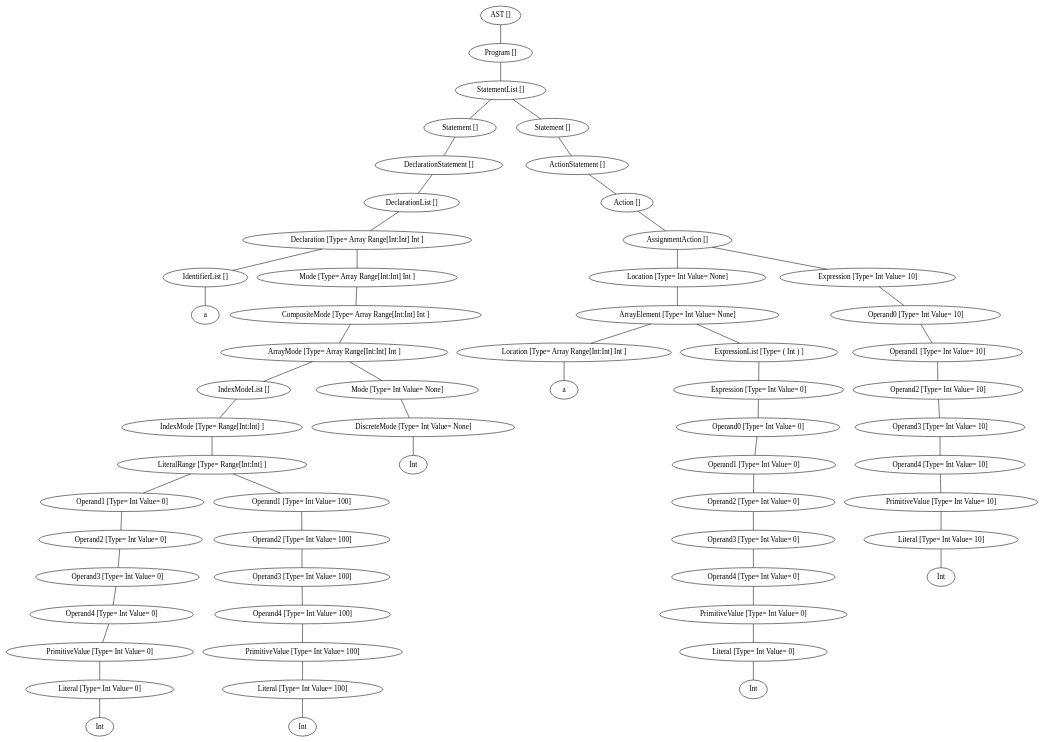
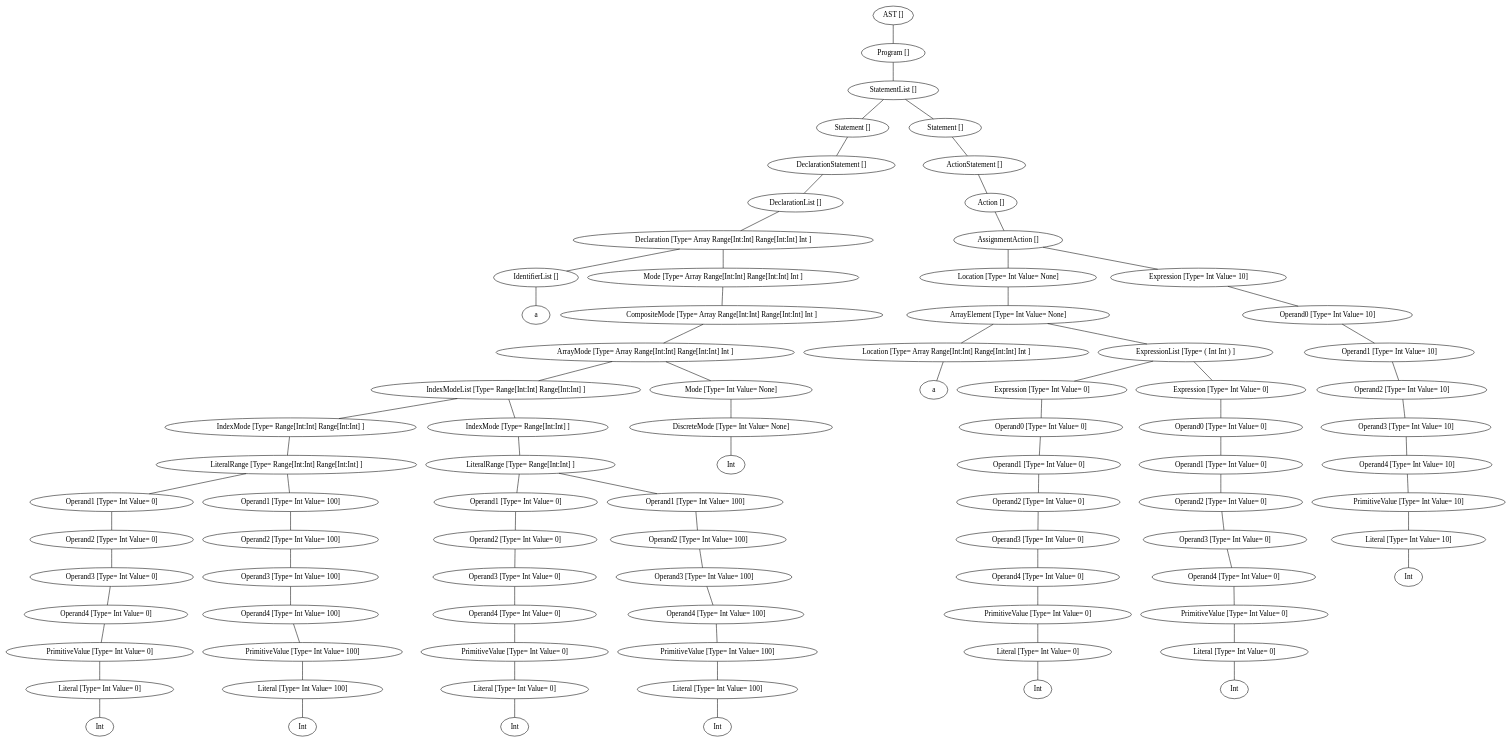
Before and after one commit to luisfelipehsr/NotACompiler: the diagram in Example1.lya.dot, drawn with Graphviz. The commit also changed 5 other files, not shown here.

```diff
--- a/Example1.lya.dot
+++ b/Example1.lya.dot
@@ -1,170 +1,242 @@
 graph G {
-46008808 [label="AST []"];
-46008640 [label="AST None"];
-46008808 -- 46008640;
-46008640 [label="Program []"];
-50548864 [label="Program None"];
-46008640 -- 50548864;
-50548864 [label="StatementList []"];
-46008696 [label="StatementList None"];
-50548864 -- 46008696;
-46008696 [label="Statement []"];
-46319544 [label="Statement None"];
-46008696 -- 46319544;
-46319544 [label="DeclarationStatement []"];
-46008920 [label="DeclarationStatement None"];
-46319544 -- 46008920;
-46008920 [label="DeclarationList []"];
-46320944 [label="DeclarationList None"];
-46008920 -- 46320944;
-46320944 [label="Declaration [Type= Array Range[Int:Int] Int ]"];
-46008416 [label="Declaration Array Range[Int:Int] Int"];
-46320944 -- 46008416;
-46008416 [label="IdentifierList []"];
-12762760862202542269 [label=a];
-46008416 -- 12762760862202542269;
-46320888 [label="Declaration Array Range[Int:Int] Int"];
-46320944 -- 46320888;
-46320888 [label="Mode [Type= Array Range[Int:Int] Int ]"];
-46008976 [label="Mode Array Range[Int:Int] Int"];
-46320888 -- 46008976;
-46008976 [label="CompositeMode [Type= Array Range[Int:Int] Int ]"];
-46320496 [label="CompositeMode Array Range[Int:Int] Int"];
-46008976 -- 46320496;
-46320496 [label="ArrayMode [Type= Array Range[Int:Int] Int ]"];
-46320552 [label="ArrayMode Array Range[Int:Int] Int"];
-46320496 -- 46320552;
-46320552 [label="IndexModeList []"];
-46319992 [label="IndexModeList None"];
-46320552 -- 46319992;
-46319992 [label="IndexMode [Type= Range[Int:Int] ]"];
-46320440 [label="IndexMode Range[Int:Int]"];
-46319992 -- 46320440;
-46320440 [label="LiteralRange [Type= Range[Int:Int] ]"];
-46319880 [label="LiteralRange Range[Int:Int]"];
-46320440 -- 46319880;
-46319880 [label="Operand1 [Type= Int Value= 0]"];
-46319824 [label="Operand1 Int"];
-46319880 -- 46319824;
-46319824 [label="Operand2 [Type= Int Value= 0]"];
-46319768 [label="Operand2 Int"];
-46319824 -- 46319768;
-46319768 [label="Operand3 [Type= Int Value= 0]"];
-46319488 [label="Operand3 Int"];
-46319768 -- 46319488;
-46319488 [label="Operand4 [Type= Int Value= 0]"];
-46319600 [label="Operand4 Int"];
-46319488 -- 46319600;
-46319600 [label="PrimitiveValue [Type= Int Value= 0]"];
-46008472 [label="PrimitiveValue Int"];
-46319600 -- 46008472;
-46008472 [label="Literal [Type= Int Value= 0]"];
-12297134661346566554 [label=Int];
-46008472 -- 12297134661346566554;
-46320384 [label="LiteralRange Range[Int:Int]"];
-46320440 -- 46320384;
-46320384 [label="Operand1 [Type= Int Value= 100]"];
-46320328 [label="Operand1 Int"];
-46320384 -- 46320328;
-46320328 [label="Operand2 [Type= Int Value= 100]"];
-46320272 [label="Operand2 Int"];
-46320328 -- 46320272;
-46320272 [label="Operand3 [Type= Int Value= 100]"];
-46320048 [label="Operand3 Int"];
-46320272 -- 46320048;
-46320048 [label="Operand4 [Type= Int Value= 100]"];
-46320104 [label="Operand4 Int"];
-46320048 -- 46320104;
-46320104 [label="PrimitiveValue [Type= Int Value= 100]"];
-46319936 [label="PrimitiveValue Int"];
-46320104 -- 46319936;
-46319936 [label="Literal [Type= Int Value= 100]"];
-11257277488053385447 [label=Int];
-46319936 -- 11257277488053385447;
-46320664 [label="ArrayMode Array Range[Int:Int] Int"];
-46320496 -- 46320664;
-46320664 [label="Mode [Type= Int Value= None]"];
-46320608 [label="Mode Int"];
-46320664 -- 46320608;
-46320608 [label="DiscreteMode [Type= Int Value= None]"];
-11969997253757847137 [label=Int];
-46320608 -- 11969997253757847137;
-46321168 [label="StatementList None"];
-50548864 -- 46321168;
-46321168 [label="Statement []"];
-50549424 [label="Statement None"];
-46321168 -- 50549424;
-50549424 [label="ActionStatement []"];
-50548920 [label="ActionStatement None"];
-50549424 -- 50548920;
-50548920 [label="Action []"];
-50549312 [label="Action None"];
-50548920 -- 50549312;
-50549312 [label="AssignmentAction []"];
-46319712 [label="AssignmentAction None"];
-50549312 -- 46319712;
-46319712 [label="Location [Type= Int Value= None]"];
-46321560 [label="Location Int"];
-46319712 -- 46321560;
-46321560 [label="ArrayElement [Type= Int Value= None]"];
-46320160 [label="ArrayElement Int"];
-46321560 -- 46320160;
-46320160 [label="Location [Type= Array Range[Int:Int] Int ]"];
-13051202120553260979 [label=a];
-46320160 -- 13051202120553260979;
-46321504 [label="ArrayElement Int"];
-46321560 -- 46321504;
-46321504 [label="ExpressionList [Type= ( Int ) ]"];
-46321448 [label="ExpressionList ( Int )"];
-46321504 -- 46321448;
-46321448 [label="Expression [Type= Int Value= 0]"];
-46321392 [label="Expression Int"];
-46321448 -- 46321392;
-46321392 [label="Operand0 [Type= Int Value= 0]"];
-46321336 [label="Operand0 Int"];
-46321392 -- 46321336;
-46321336 [label="Operand1 [Type= Int Value= 0]"];
-46321280 [label="Operand1 Int"];
-46321336 -- 46321280;
-46321280 [label="Operand2 [Type= Int Value= 0]"];
-46321224 [label="Operand2 Int"];
-46321280 -- 46321224;
-46321224 [label="Operand3 [Type= Int Value= 0]"];
-46321000 [label="Operand3 Int"];
-46321224 -- 46321000;
-46321000 [label="Operand4 [Type= Int Value= 0]"];
-46321056 [label="Operand4 Int"];
-46321000 -- 46321056;
-46321056 [label="PrimitiveValue [Type= Int Value= 0]"];
-46320832 [label="PrimitiveValue Int"];
-46321056 -- 46320832;
-46320832 [label="Literal [Type= Int Value= 0]"];
-12241776494545708436 [label=Int];
-46320832 -- 12241776494545708436;
-50549256 [label="AssignmentAction None"];
-50549312 -- 50549256;
-50549256 [label="Expression [Type= Int Value= 10]"];
-50549200 [label="Expression Int"];
-50549256 -- 50549200;
-50549200 [label="Operand0 [Type= Int Value= 10]"];
-50549144 [label="Operand0 Int"];
-50549200 -- 50549144;
-50549144 [label="Operand1 [Type= Int Value= 10]"];
-50549088 [label="Operand1 Int"];
-50549144 -- 50549088;
-50549088 [label="Operand2 [Type= Int Value= 10]"];
-50549032 [label="Operand2 Int"];
-50549088 -- 50549032;
-50549032 [label="Operand3 [Type= Int Value= 10]"];
-46320720 [label="Operand3 Int"];
-50549032 -- 46320720;
-46320720 [label="Operand4 [Type= Int Value= 10]"];
-46321616 [label="Operand4 Int"];
-46320720 -- 46321616;
-46321616 [label="PrimitiveValue [Type= Int Value= 10]"];
-50548808 [label="PrimitiveValue Int"];
-46321616 -- 50548808;
-50548808 [label="Literal [Type= Int Value= 10]"];
-10595968807962231672 [label=Int];
-50548808 -- 10595968807962231672;
+46275328 [label="AST []"];
+46275160 [label="AST None"];
+46275328 -- 46275160;
+46275160 [label="Program []"];
+50800568 [label="Program None"];
+46275160 -- 50800568;
+50800568 [label="StatementList []"];
+46275216 [label="StatementList None"];
+50800568 -- 46275216;
+46275216 [label="Statement []"];
+46583200 [label="Statement None"];
+46275216 -- 46583200;
+46583200 [label="DeclarationStatement []"];
+46275440 [label="DeclarationStatement None"];
+46583200 -- 46275440;
+46275440 [label="DeclarationList []"];
+46583648 [label="DeclarationList None"];
+46275440 -- 46583648;
+46583648 [label="Declaration [Type= Array Range[Int:Int] Range[Int:Int] Int ]"];
+46274936 [label="Declaration Array Range[Int:Int] Range[Int:Int] Int"];
+46583648 -- 46274936;
+46274936 [label="IdentifierList []"];
+12015573397216320174 [label=a];
+46274936 -- 12015573397216320174;
+46581968 [label="Declaration Array Range[Int:Int] Range[Int:Int] Int"];
+46583648 -- 46581968;
+46581968 [label="Mode [Type= Array Range[Int:Int] Range[Int:Int] Int ]"];
+46275496 [label="Mode Array Range[Int:Int] Range[Int:Int] Int"];
+46581968 -- 46275496;
+46275496 [label="CompositeMode [Type= Array Range[Int:Int] Range[Int:Int] Int ]"];
+50798832 [label="CompositeMode Array Range[Int:Int] Range[Int:Int] Int"];
+46275496 -- 50798832;
+50798832 [label="ArrayMode [Type= Array Range[Int:Int] Range[Int:Int] Int ]"];
+50798888 [label="ArrayMode Array Range[Int:Int] Range[Int:Int] Int"];
+50798832 -- 50798888;
+50798888 [label="IndexModeList [Type= Range[Int:Int] Range[Int:Int] ]"];
+46582416 [label="IndexModeList Range[Int:Int] Range[Int:Int]"];
+50798888 -- 46582416;
+46582416 [label="IndexMode [Type= Range[Int:Int] Range[Int:Int] ]"];
+46582864 [label="IndexMode Range[Int:Int] Range[Int:Int]"];
+46582416 -- 46582864;
+46582864 [label="LiteralRange [Type= Range[Int:Int] Range[Int:Int] ]"];
+46582304 [label="LiteralRange Range[Int:Int] Range[Int:Int]"];
+46582864 -- 46582304;
+46582304 [label="Operand1 [Type= Int Value= 0]"];
+46582248 [label="Operand1 Int"];
+46582304 -- 46582248;
+46582248 [label="Operand2 [Type= Int Value= 0]"];
+46582192 [label="Operand2 Int"];
+46582248 -- 46582192;
+46582192 [label="Operand3 [Type= Int Value= 0]"];
+46581912 [label="Operand3 Int"];
+46582192 -- 46581912;
+46581912 [label="Operand4 [Type= Int Value= 0]"];
+46582024 [label="Operand4 Int"];
+46581912 -- 46582024;
+46582024 [label="PrimitiveValue [Type= Int Value= 0]"];
+46274992 [label="PrimitiveValue Int"];
+46582024 -- 46274992;
+46274992 [label="Literal [Type= Int Value= 0]"];
+9924365393510686584 [label=Int];
+46274992 -- 9924365393510686584;
+46582808 [label="LiteralRange Range[Int:Int] Range[Int:Int]"];
+46582864 -- 46582808;
+46582808 [label="Operand1 [Type= Int Value= 100]"];
+46582752 [label="Operand1 Int"];
+46582808 -- 46582752;
+46582752 [label="Operand2 [Type= Int Value= 100]"];
+46582696 [label="Operand2 Int"];
+46582752 -- 46582696;
+46582696 [label="Operand3 [Type= Int Value= 100]"];
+46582472 [label="Operand3 Int"];
+46582696 -- 46582472;
+46582472 [label="Operand4 [Type= Int Value= 100]"];
+46582528 [label="Operand4 Int"];
+46582472 -- 46582528;
+46582528 [label="PrimitiveValue [Type= Int Value= 100]"];
+46582360 [label="PrimitiveValue Int"];
+46582528 -- 46582360;
+46582360 [label="Literal [Type= Int Value= 100]"];
+12066255784584787013 [label=Int];
+46582360 -- 12066255784584787013;
+46583480 [label="IndexModeList Range[Int:Int] Range[Int:Int]"];
+50798888 -- 46583480;
+46583480 [label="IndexMode [Type= Range[Int:Int] ]"];
+50798776 [label="IndexMode Range[Int:Int]"];
+46583480 -- 50798776;
+50798776 [label="LiteralRange [Type= Range[Int:Int] ]"];
+46583368 [label="LiteralRange Range[Int:Int]"];
+50798776 -- 46583368;
+46583368 [label="Operand1 [Type= Int Value= 0]"];
+46583312 [label="Operand1 Int"];
+46583368 -- 46583312;
+46583312 [label="Operand2 [Type= Int Value= 0]"];
+46583256 [label="Operand2 Int"];
+46583312 -- 46583256;
+46583256 [label="Operand3 [Type= Int Value= 0]"];
+46582920 [label="Operand3 Int"];
+46583256 -- 46582920;
+46582920 [label="Operand4 [Type= Int Value= 0]"];
+46583088 [label="Operand4 Int"];
+46582920 -- 46583088;
+46583088 [label="PrimitiveValue [Type= Int Value= 0]"];
+46583032 [label="PrimitiveValue Int"];
+46583088 -- 46583032;
+46583032 [label="Literal [Type= Int Value= 0]"];
+12252952140740680056 [label=Int];
+46583032 -- 12252952140740680056;
+50798720 [label="LiteralRange Range[Int:Int]"];
+50798776 -- 50798720;
+50798720 [label="Operand1 [Type= Int Value= 100]"];
+50798664 [label="Operand1 Int"];
+50798720 -- 50798664;
+50798664 [label="Operand2 [Type= Int Value= 100]"];
+46583760 [label="Operand2 Int"];
+50798664 -- 46583760;
+46583760 [label="Operand3 [Type= Int Value= 100]"];
+46583536 [label="Operand3 Int"];
+46583760 -- 46583536;
+46583536 [label="Operand4 [Type= Int Value= 100]"];
+46583592 [label="Operand4 Int"];
+46583536 -- 46583592;
+46583592 [label="PrimitiveValue [Type= Int Value= 100]"];
+46583424 [label="PrimitiveValue Int"];
+46583592 -- 46583424;
+46583424 [label="Literal [Type= Int Value= 100]"];
+11785207564678429778 [label=Int];
+46583424 -- 11785207564678429778;
+46582584 [label="ArrayMode Array Range[Int:Int] Range[Int:Int] Int"];
+50798832 -- 46582584;
+46582584 [label="Mode [Type= Int Value= None]"];
+46582136 [label="Mode Int"];
+46582584 -- 46582136;
+46582136 [label="DiscreteMode [Type= Int Value= None]"];
+11940944131671853018 [label=Int];
+46582136 -- 11940944131671853018;
+50801016 [label="StatementList None"];
+50800568 -- 50801016;
+50801016 [label="Statement []"];
+50800960 [label="Statement None"];
+50801016 -- 50800960;
+50800960 [label="ActionStatement []"];
+50799672 [label="ActionStatement None"];
+50800960 -- 50799672;
+50799672 [label="Action []"];
+50800848 [label="Action None"];
+50799672 -- 50800848;
+50800848 [label="AssignmentAction []"];
+46582976 [label="AssignmentAction None"];
+50800848 -- 46582976;
+46582976 [label="Location [Type= Int Value= None]"];
+50799784 [label="Location Int"];
+46582976 -- 50799784;
+50799784 [label="ArrayElement [Type= Int Value= None]"];
+50798944 [label="ArrayElement Int"];
+50799784 -- 50798944;
+50798944 [label="Location [Type= Array Range[Int:Int] Range[Int:Int] Int ]"];
+9641236063755932198 [label=a];
+50798944 -- 9641236063755932198;
+50800344 [label="ArrayElement Int"];
+50799784 -- 50800344;
+50800344 [label="ExpressionList [Type= ( Int Int ) ]"];
+50799616 [label="ExpressionList ( Int Int )"];
+50800344 -- 50799616;
+50799616 [label="Expression [Type= Int Value= 0]"];
+50799560 [label="Expression Int"];
+50799616 -- 50799560;
+50799560 [label="Operand0 [Type= Int Value= 0]"];
+50799504 [label="Operand0 Int"];
+50799560 -- 50799504;
+50799504 [label="Operand1 [Type= Int Value= 0]"];
+50799448 [label="Operand1 Int"];
+50799504 -- 50799448;
+50799448 [label="Operand2 [Type= Int Value= 0]"];
+50799392 [label="Operand2 Int"];
+50799448 -- 50799392;
+50799392 [label="Operand3 [Type= Int Value= 0]"];
+50799168 [label="Operand3 Int"];
+50799392 -- 50799168;
+50799168 [label="Operand4 [Type= Int Value= 0]"];
+50799224 [label="Operand4 Int"];
+50799168 -- 50799224;
+50799224 [label="PrimitiveValue [Type= Int Value= 0]"];
+50799000 [label="PrimitiveValue Int"];
+50799224 -- 50799000;
+50799000 [label="Literal [Type= Int Value= 0]"];
+11486666977109084263 [label=Int];
+50799000 -- 11486666977109084263;
+50800288 [label="ExpressionList ( Int Int )"];
+50800344 -- 50800288;
+50800288 [label="Expression [Type= Int Value= 0]"];
+50800232 [label="Expression Int"];
+50800288 -- 50800232;
+50800232 [label="Operand0 [Type= Int Value= 0]"];
+50800176 [label="Operand0 Int"];
+50800232 -- 50800176;
+50800176 [label="Operand1 [Type= Int Value= 0]"];
+50800120 [label="Operand1 Int"];
+50800176 -- 50800120;
+50800120 [label="Operand2 [Type= Int Value= 0]"];
+50800064 [label="Operand2 Int"];
+50800120 -- 50800064;
+50800064 [label="Operand3 [Type= Int Value= 0]"];
+50799840 [label="Operand3 Int"];
+50800064 -- 50799840;
+50799840 [label="Operand4 [Type= Int Value= 0]"];
+50799896 [label="Operand4 Int"];
+50799840 -- 50799896;
+50799896 [label="PrimitiveValue [Type= Int Value= 0]"];
+50799728 [label="PrimitiveValue Int"];
+50799896 -- 50799728;
+50799728 [label="Literal [Type= Int Value= 0]"];
+13466928624671260917 [label=Int];
+50799728 -- 13466928624671260917;
+50800792 [label="AssignmentAction None"];
+50800848 -- 50800792;
+50800792 [label="Expression [Type= Int Value= 10]"];
+50800736 [label="Expression Int"];
+50800792 -- 50800736;
+50800736 [label="Operand0 [Type= Int Value= 10]"];
+50800680 [label="Operand0 Int"];
+50800736 -- 50800680;
+50800680 [label="Operand1 [Type= Int Value= 10]"];
+50800624 [label="Operand1 Int"];
+50800680 -- 50800624;
+50800624 [label="Operand2 [Type= Int Value= 10]"];
+50800400 [label="Operand2 Int"];
+50800624 -- 50800400;
+50800400 [label="Operand3 [Type= Int Value= 10]"];
+50799056 [label="Operand3 Int"];
+50800400 -- 50799056;
+50799056 [label="Operand4 [Type= Int Value= 10]"];
+50800456 [label="Operand4 Int"];
+50799056 -- 50800456;
+50800456 [label="PrimitiveValue [Type= Int Value= 10]"];
+50800512 [label="PrimitiveValue Int"];
+50800456 -- 50800512;
+50800512 [label="Literal [Type= Int Value= 10]"];
+12231670688005315269 [label=Int];
+50800512 -- 12231670688005315269;
 }
```
